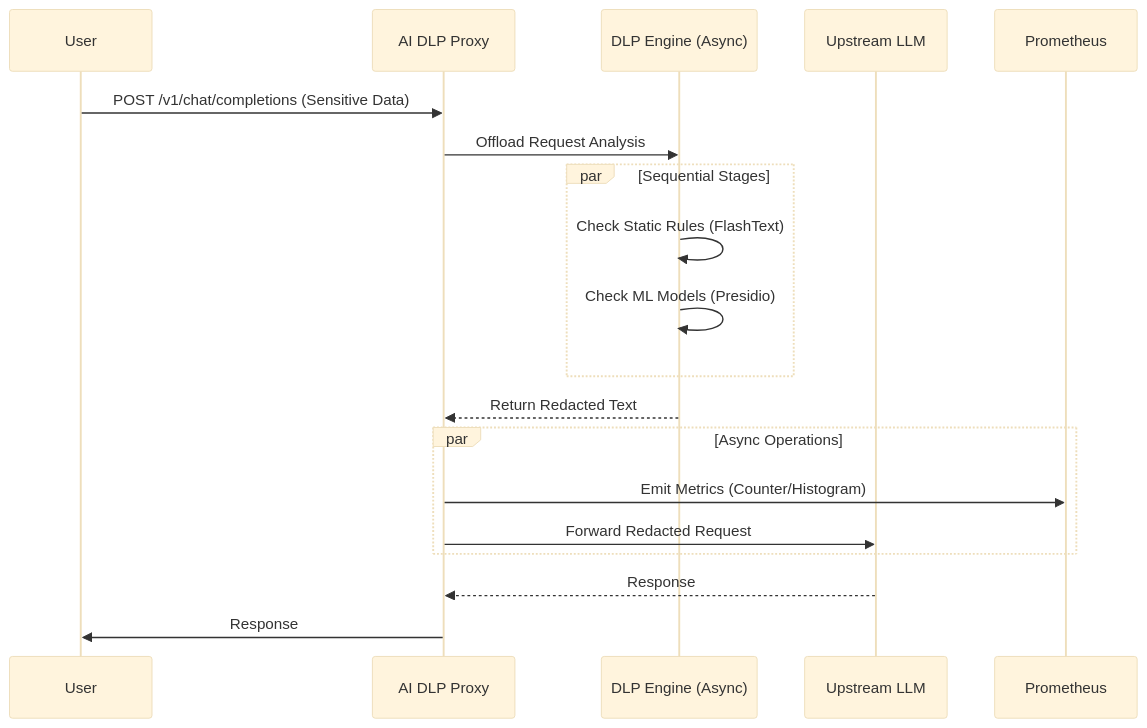
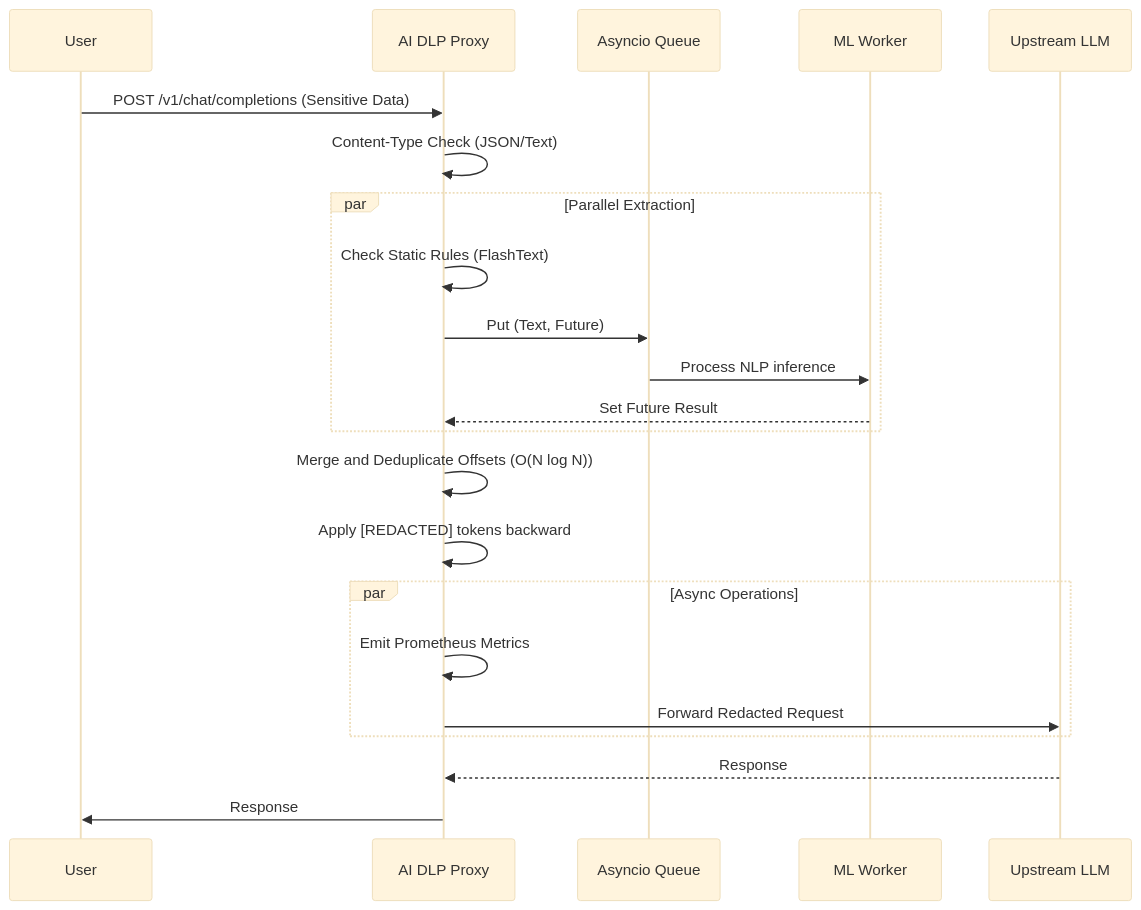
One commit to fabriziosalmi/aidlp changed the diagram in docs/guide/architecture.md. Above: the diagram before and after it, drawn with Mermaid (base theme). The commit also changed other lines of this file and 21 other files, not shown here.

First line of the commit message:
feat: Enterprise architecture overhaul

````diff
--- a/docs/guide/architecture.md
+++ b/docs/guide/architecture.md
@@ -9,26 +9,29 @@
 ```mermaid
 sequenceDiagram
     participant User
     participant Proxy as AI DLP Proxy
-    participant DLP as DLP Engine (Async)
+    participant Queue as Asyncio Queue
+    participant MLWorker as ML Worker
     participant LLM as Upstream LLM
-    participant Metrics as Prometheus
 
     User->>Proxy: POST /v1/chat/completions (Sensitive Data)
-    Proxy->>DLP: Offload Request Analysis
+    Proxy->>Proxy: Content-Type Check (JSON/Text)
 
-    par Sequential Stages
-        DLP->>DLP: Check Static Rules (FlashText)
-        DLP->>DLP: Check ML Models (Presidio)
+    par Parallel Extraction
+        Proxy->>Proxy: Check Static Rules (FlashText)
+        Proxy->>Queue: Put (Text, Future)
+        Queue->>MLWorker: Process NLP inference
+        MLWorker-->>Proxy: Set Future Result
     end
 
-    DLP-->>Proxy: Return Redacted Text
+    Proxy->>Proxy: Merge and Deduplicate Offsets (O(N log N))
+    Proxy->>Proxy: Apply [REDACTED] tokens backward
 
     par Async Operations
-        Proxy->>Metrics: Emit Metrics (Counter/Histogram)
+        Proxy->>Proxy: Emit Prometheus Metrics
         Proxy->>LLM: Forward Redacted Request
     end
 
     LLM-->>Proxy: Response
     Proxy->>User: Response
 ```
````
